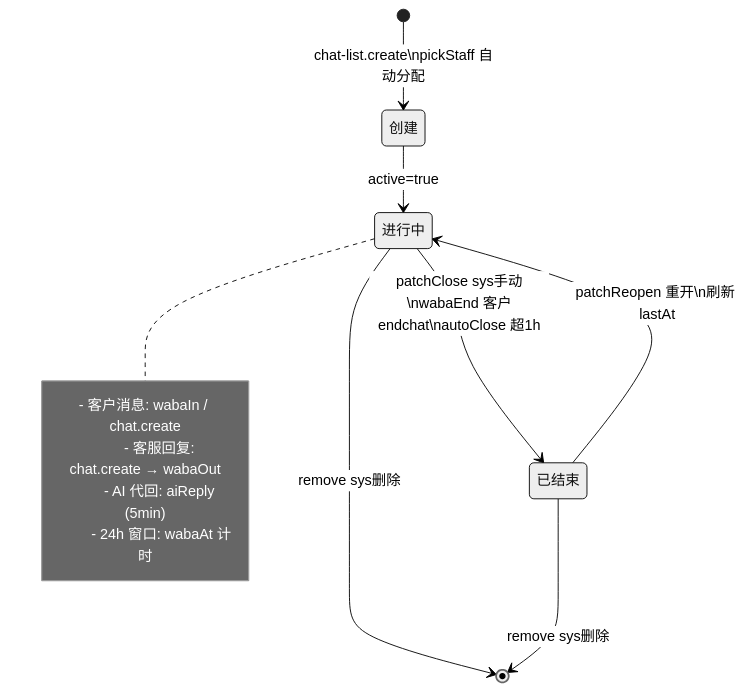
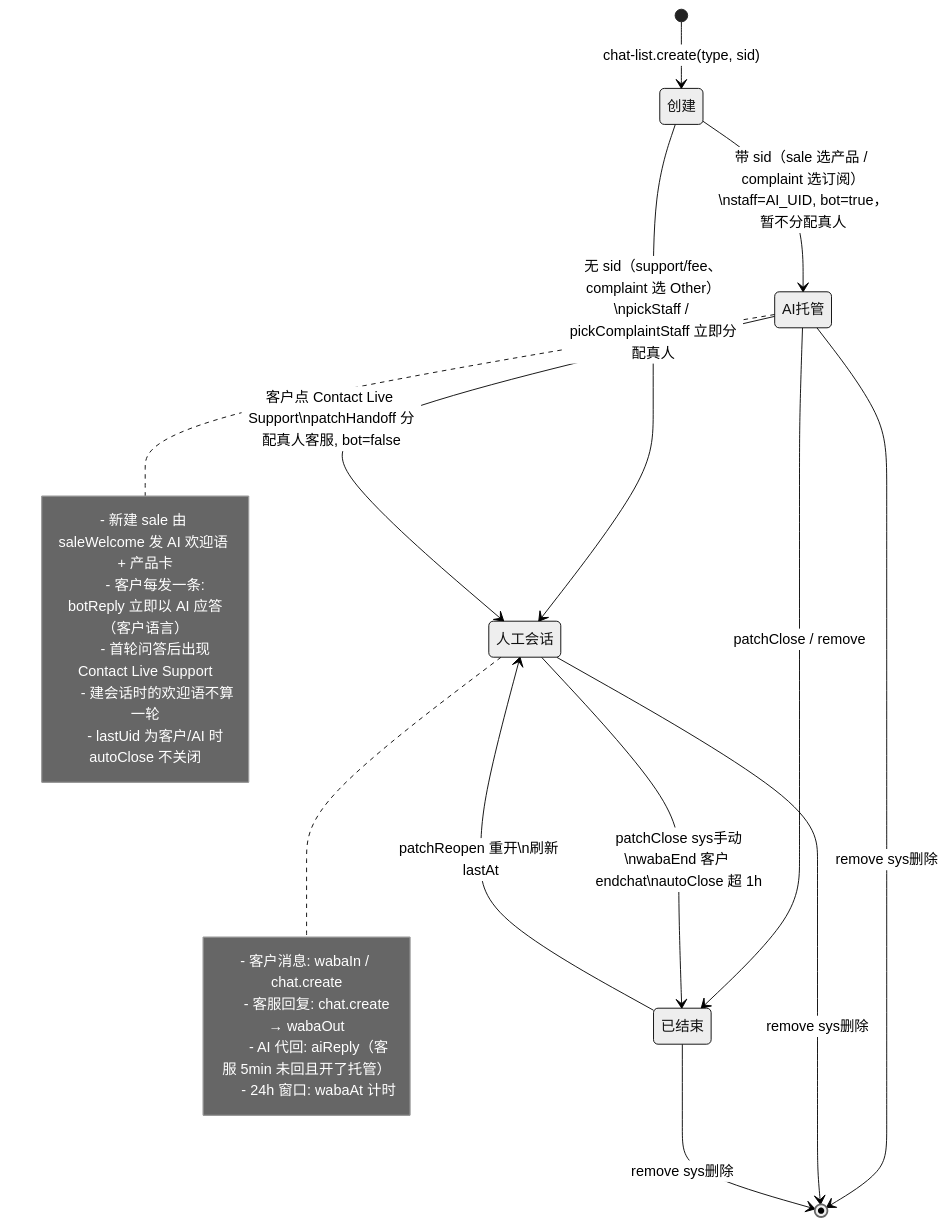
One commit to zran-nz/doc changed the sixth of 8 diagrams in fio/chat.md. Above: the diagram before and after it, drawn with Mermaid (neutral theme). The commit also changed other lines of this file, not shown here.

````diff
--- a/fio/chat.md
+++ b/fio/chat.md
@@ -132,16 +135,27 @@
 ```mermaid
 stateDiagram-v2
-    [*] --> 创建: chat-list.create\npickStaff 自动分配
-    创建 --> 进行中: active=true
-    进行中 --> 已结束: patchClose sys手动\nwabaEnd 客户endchat\nautoClose 超1h
-    已结束 --> 进行中: patchReopen 重开\n刷新 lastAt
-    进行中 --> [*]: remove sys删除
+    [*] --> 创建: chat-list.create(type, sid)
+    创建 --> AI托管: 带 sid（sale 选产品 / complaint 选订阅）\nstaff=AI_UID, bot=true，暂不分配真人
+    创建 --> 人工会话: 无 sid（support/fee、complaint 选 Other）\npickStaff / pickComplaintStaff 立即分配真人
+    AI托管 --> 人工会话: 客户点 Contact Live Support\npatchHandoff 分配真人客服, bot=false
+    AI托管 --> 已结束: patchClose / remove
+    人工会话 --> 已结束: patchClose sys手动\nwabaEnd 客户 endchat\nautoClose 超 1h
+    已结束 --> 人工会话: patchReopen 重开\n刷新 lastAt
+    AI托管 --> [*]: remove sys删除
+    人工会话 --> [*]: remove sys删除
     已结束 --> [*]: remove sys删除
 
-    note right of 进行中
-        - 客户消息: wabaIn / chat.create
-        - 客服回复: chat.create → wabaOut
-        - AI 代回: aiReply (5min)
-        - 24h 窗口: wabaAt 计时
+    note right of AI托管
+      - 新建 sale 由 saleWelcome 发 AI 欢迎语 + 产品卡
+      - 客户每发一条: botReply 立即以 AI 应答（客户语言）
+      - 首轮问答后出现 Contact Live Support
+      - 建会话时的欢迎语不算一轮
+      - lastUid 为客户/AI 时 autoClose 不关闭
+    end note
+    note right of 人工会话
+      - 客户消息: wabaIn / chat.create
+      - 客服回复: chat.create → wabaOut
+      - AI 代回: aiReply（客服 5min 未回且开了托管）
+      - 24h 窗口: wabaAt 计时
     end note
 ```
````
